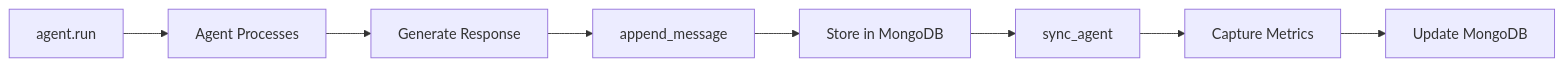
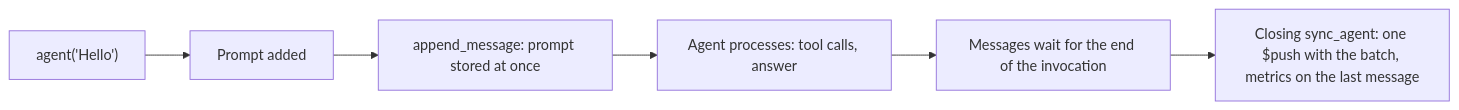
One commit to iguinea/mongodb-session-manager changed the second of 2 diagrams in docs/getting-started/basic-concepts.md. Above: the diagram before and after it, drawn with Mermaid. The commit also changed other lines of this file and 25 other files, not shown here.

````diff
--- a/docs/getting-started/basic-concepts.md
+++ b/docs/getting-started/basic-concepts.md
@@ -126,10 +126,8 @@
 ```mermaid
 graph LR
-    A[agent.run] --> B[Agent Processes]
-    B --> C[Generate Response]
-    C --> D[append_message]
-    D --> E[Store in MongoDB]
-    E --> F[sync_agent]
-    F --> G[Capture Metrics]
-    G --> H[Update MongoDB]
+    A["agent('Hello')"] --> B[Prompt added]
+    B --> C["append_message: prompt stored at once"]
+    C --> D[Agent processes: tool calls, answer]
+    D --> E[Messages wait for the end of the invocation]
+    E --> F["Closing sync_agent: one $push with the batch, metrics on the last message"]
 ```
````
